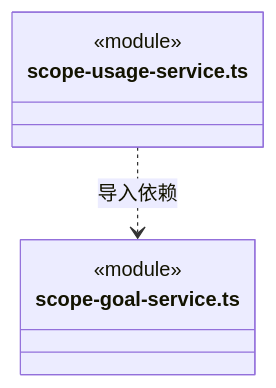
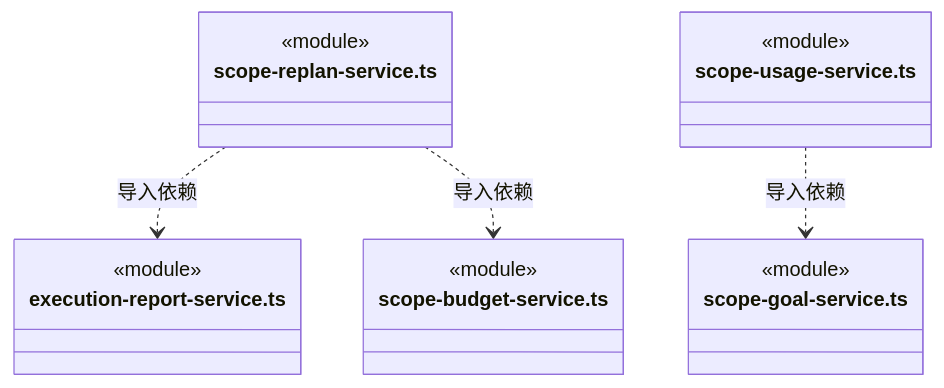
Diagram 45 of 48 in src/backend/scheduler-engine/execution/ARCHITECTURE.md (nan023062/cbim), drawn with Mermaid before and after one commit. The commit also changed other lines of this file and 64 other files, not shown here.

````diff
--- a/src/backend/scheduler-engine/execution/ARCHITECTURE.md
+++ b/src/backend/scheduler-engine/execution/ARCHITECTURE.md
@@ -1126,10 +1219,21 @@
 ```mermaid
 classDiagram
+class N_src_backend_scheduler_engine_execution_scope_replan_service_ts["scope-replan-service.ts"] {
+  <<module>>
+}
+class N_src_backend_scheduler_engine_execution_execution_report_service_ts["execution-report-service.ts"] {
+  <<module>>
+}
+class N_src_backend_scheduler_engine_execution_scope_budget_service_ts["scope-budget-service.ts"] {
+  <<module>>
+}
 class N_src_backend_scheduler_engine_execution_scope_usage_service_ts["scope-usage-service.ts"] {
   <<module>>
 }
 class N_src_backend_scheduler_engine_execution_scope_goal_service_ts["scope-goal-service.ts"] {
   <<module>>
 }
+N_src_backend_scheduler_engine_execution_scope_replan_service_ts ..> N_src_backend_scheduler_engine_execution_execution_report_service_ts : 导入依赖
+N_src_backend_scheduler_engine_execution_scope_replan_service_ts ..> N_src_backend_scheduler_engine_execution_scope_budget_service_ts : 导入依赖
 N_src_backend_scheduler_engine_execution_scope_usage_service_ts ..> N_src_backend_scheduler_engine_execution_scope_goal_service_ts : 导入依赖
 ```
````
